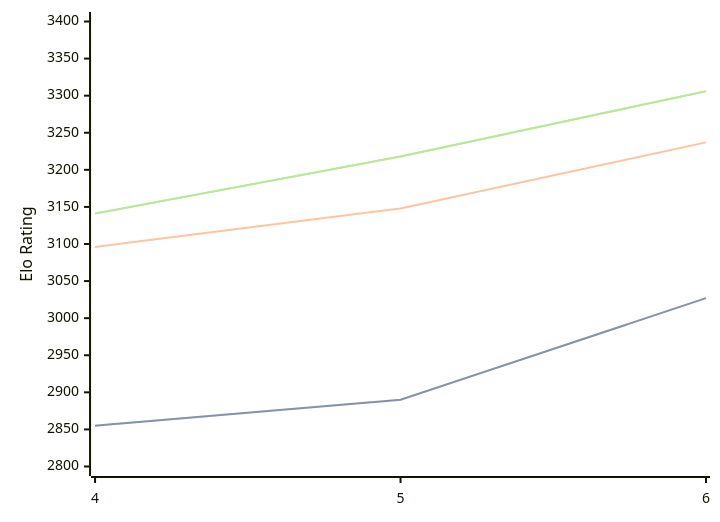
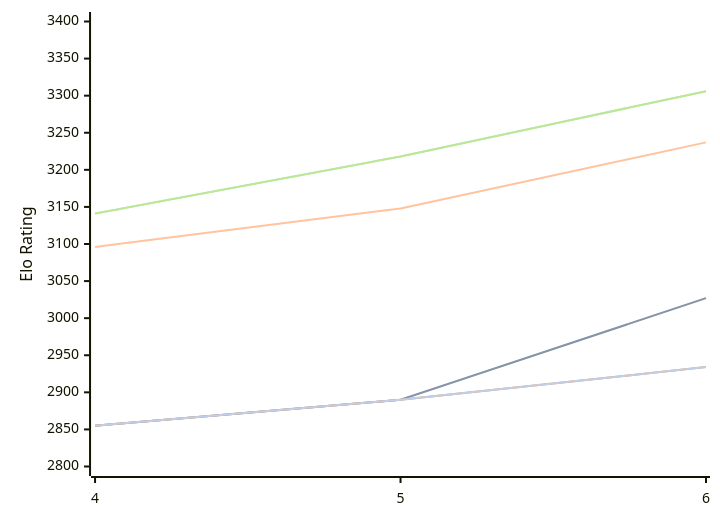
Before and after one commit to computer-chess-index/cci: the diagram in engines/Cwtch.md, drawn with Mermaid. The commit also changed other lines of this file, not shown here.

Commit message:
Update CCI Ratings (ELO VLTC) - 2026-10-11

````diff
--- a/engines/Cwtch.md
+++ b/engines/Cwtch.md
@@ -49,16 +49,13 @@
 ```mermaid
 %%{init: {"theme":"base","themeVariables":{"seriesColors:['#a3a3a3','#222221','#faa371']}}}%%
 xychart-beta
   x-axis ["4", "5", "6"]
   y-axis "Elo Rating" 2800 --> 3400
   line "" [2855, 2890, 3027]
   line "T1: STC (8.0+0.08s)" [2855, 2890, 3027]
   line "T1: LTC (60.0+0.60s)" [3096, 3148, 3237]
   line "" [3141, 3218, 3306]
   line "T1: VLTC (2m24s+1.12s)" [3141, 3218, 3306]
-  line "" [2921]
-  line "E1: STC (8.0+0.08s)" [2921]
-  line "E1: LTC (60.0+0.60s)" [3200]
-  line "" [3278]
-  line "E1: VLTC (2m24s+1.12s)" [3278]
+  line "" [2855, 2890,2934]
+  line "E1: STC (8.0+0.08s)" [2855, 2890,2934]
 ```
````
